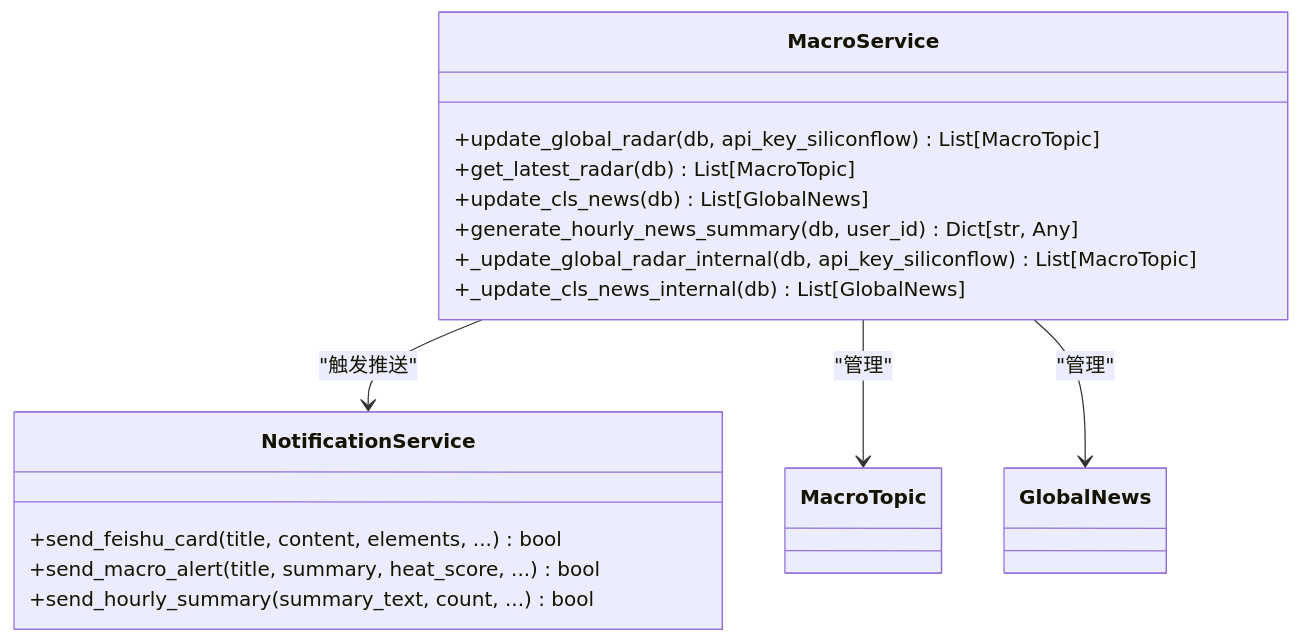
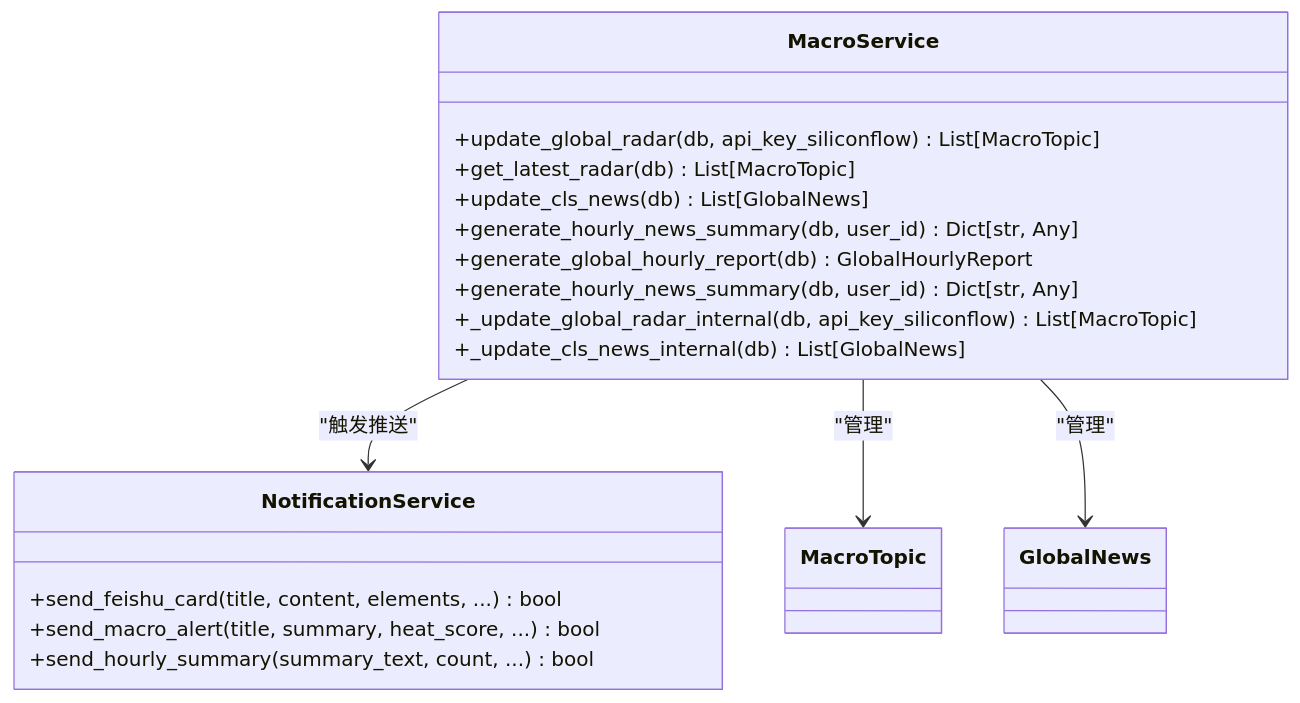
The fourth of 15 diagrams in .qoder/repowiki/zh/content/Enhanced Ai Analysis Service.md (breeze-lyf/ai-stock-advisor), drawn with Mermaid before and after one commit. The commit also changed other lines of this file and 43 other files, not shown here.

````diff
--- a/.qoder/repowiki/zh/content/Enhanced Ai Analysis Service.md
+++ b/.qoder/repowiki/zh/content/Enhanced Ai Analysis Service.md
@@ -214,19 +238,21 @@
 ```mermaid
 classDiagram
 class MacroService {
 +update_global_radar(db, api_key_siliconflow) List[MacroTopic]
 +get_latest_radar(db) List[MacroTopic]
 +update_cls_news(db) List[GlobalNews]
++generate_hourly_news_summary(db, user_id) Dict[str, Any]
++generate_global_hourly_report(db) GlobalHourlyReport
 +generate_hourly_news_summary(db, user_id) Dict[str, Any]
 +_update_global_radar_internal(db, api_key_siliconflow) List[MacroTopic]
 +_update_cls_news_internal(db) List[GlobalNews]
 }
 class NotificationService {
 +send_feishu_card(title, content, elements, ...) bool
 +send_macro_alert(title, summary, heat_score, ...) bool
 +send_hourly_summary(summary_text, count, ...) bool
 }
 MacroService --> NotificationService : "触发推送"
 MacroService --> MacroTopic : "管理"
 MacroService --> GlobalNews : "管理"
 ```
````
